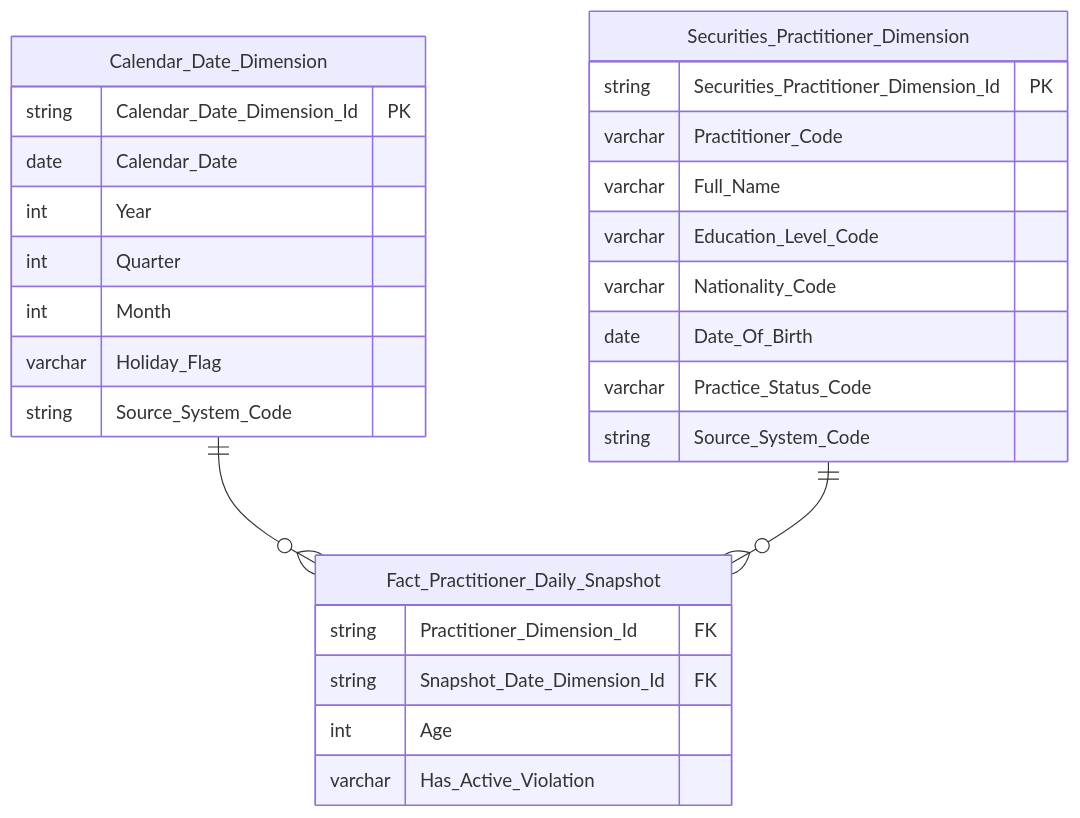
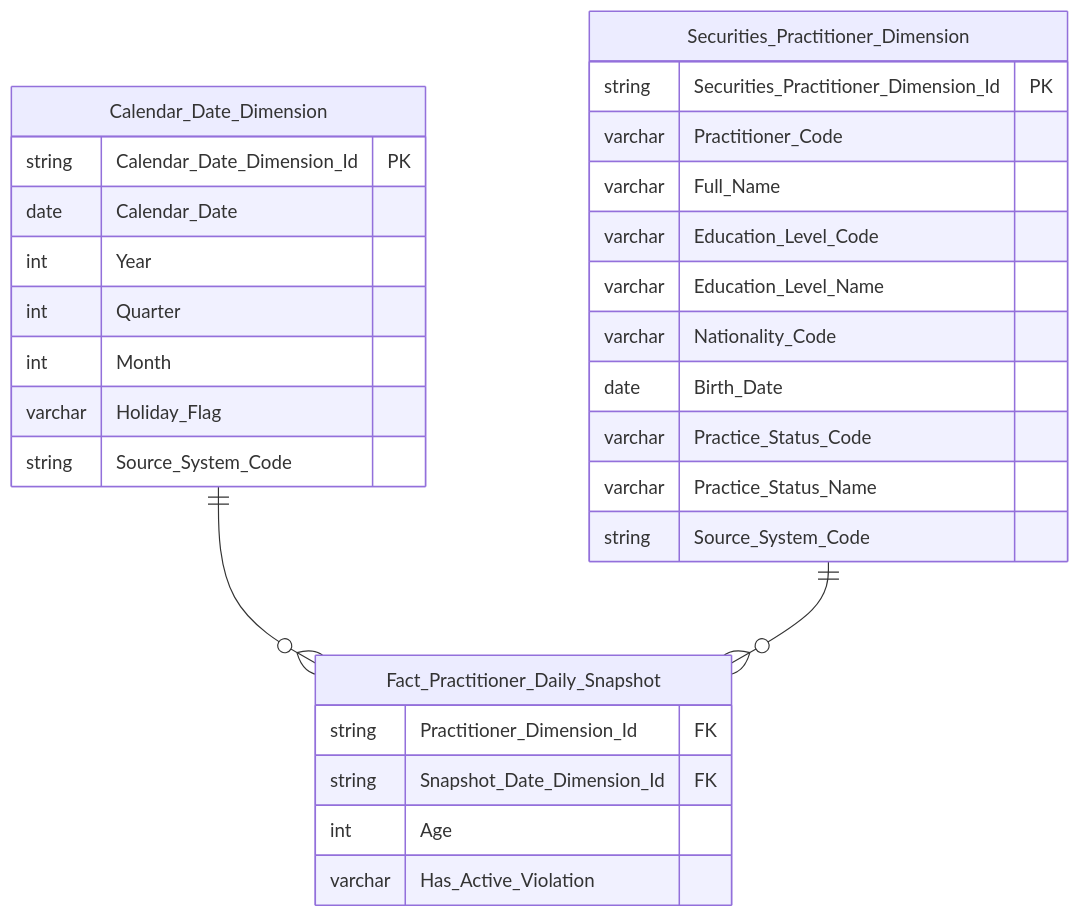
One commit to linhlvit/ubck_atomic_design changed diagram 14 of 40 in Datamart/hld/DTM_NHNCK_HLD.md. Above: the diagram before and after it, drawn with Mermaid. The commit also changed other lines of this file and 60 other files, not shown here.

````diff
--- a/Datamart/hld/DTM_NHNCK_HLD.md
+++ b/Datamart/hld/DTM_NHNCK_HLD.md
@@ -541,33 +550,35 @@
 ```mermaid
 erDiagram
     Calendar_Date_Dimension ||--o{ Fact_Practitioner_Daily_Snapshot : " "
     Securities_Practitioner_Dimension ||--o{ Fact_Practitioner_Daily_Snapshot : " "
 
     Fact_Practitioner_Daily_Snapshot {
         string Practitioner_Dimension_Id FK
         string Snapshot_Date_Dimension_Id FK
         int Age
         varchar Has_Active_Violation
     }
 
     Calendar_Date_Dimension {
         string Calendar_Date_Dimension_Id PK
         date Calendar_Date
         int Year
         int Quarter
         int Month
         varchar Holiday_Flag
         string Source_System_Code
     }
 
     Securities_Practitioner_Dimension {
         string Securities_Practitioner_Dimension_Id PK
         varchar Practitioner_Code
         varchar Full_Name
         varchar Education_Level_Code
+        varchar Education_Level_Name
         varchar Nationality_Code
-        date Date_Of_Birth
+        date Birth_Date
         varchar Practice_Status_Code
+        varchar Practice_Status_Name
         string Source_System_Code
     }
 ```
````
